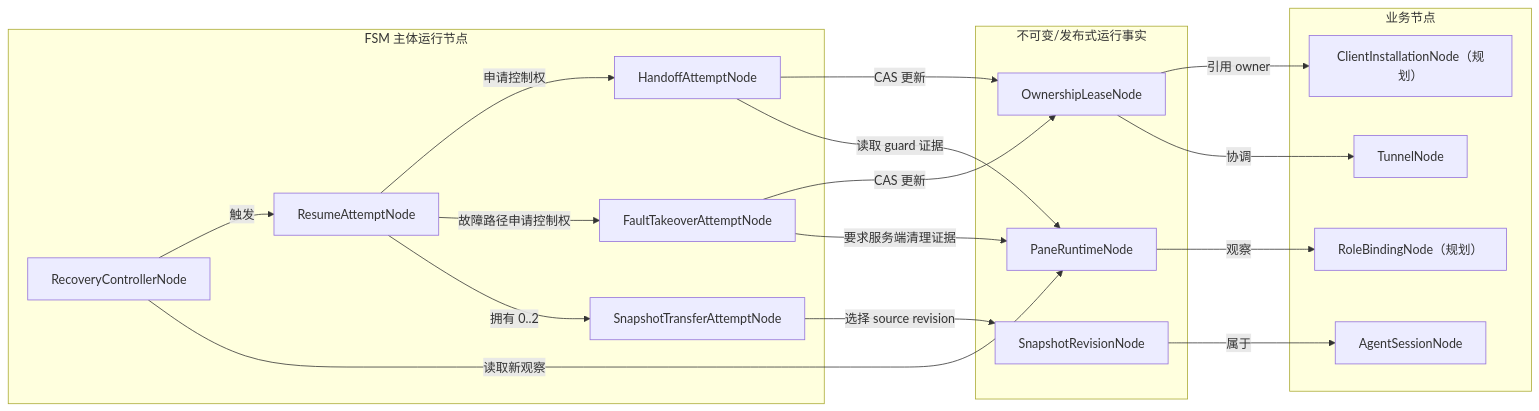
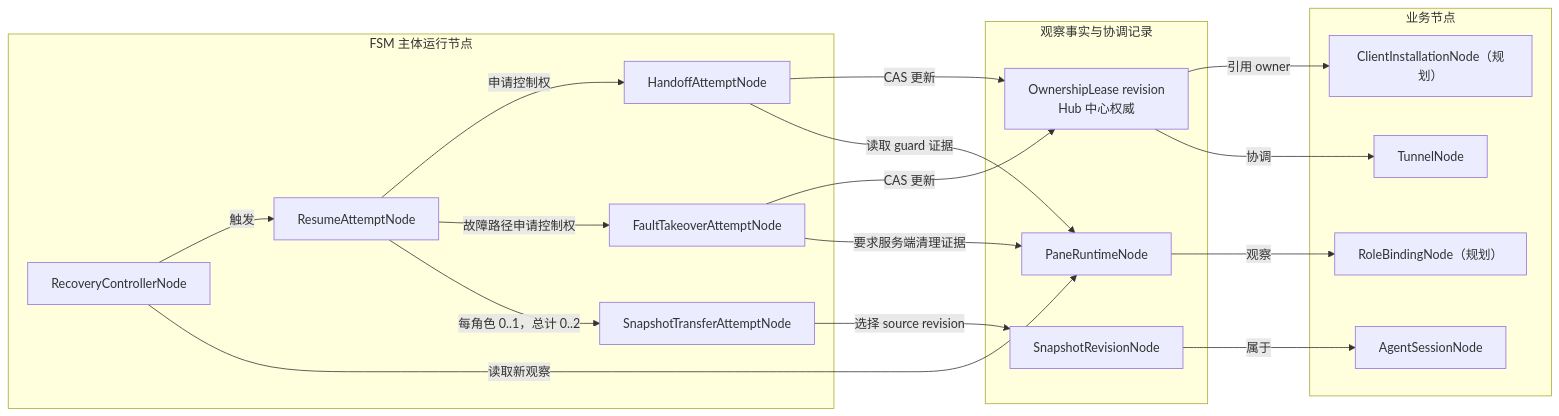
The first of 6 diagrams in datanode/RUNTIME_FSM.md (yukai08008/dual-tmux), drawn with Mermaid before and after one commit. The commit also changed other lines of this file and 1 other file, not shown here.

Commit message:
docs: refine runtime FSM after architecture review

````diff
--- a/datanode/RUNTIME_FSM.md
+++ b/datanode/RUNTIME_FSM.md
@@ -40,39 +42,39 @@
 ```mermaid
 flowchart LR
   subgraph Business["业务节点"]
     Tunnel["TunnelNode"]
     Binding["RoleBindingNode（规划）"]
     Session["AgentSessionNode"]
     Install["ClientInstallationNode（规划）"]
   end
 
-  subgraph Facts["不可变/发布式运行事实"]
-    Lease["OwnershipLeaseNode"]
+  subgraph Facts["观察事实与协调记录"]
+    Lease["OwnershipLease revision<br/>Hub 中心权威"]
     Pane["PaneRuntimeNode"]
     Revision["SnapshotRevisionNode"]
   end
 
   subgraph Machines["FSM 主体运行节点"]
     Handoff["HandoffAttemptNode"]
     Fault["FaultTakeoverAttemptNode"]
     Resume["ResumeAttemptNode"]
     Transfer["SnapshotTransferAttemptNode"]
     Recovery["RecoveryControllerNode"]
   end
 
   Lease -->|"引用 owner"| Install
   Lease -->|"协调"| Tunnel
   Pane -->|"观察"| Binding
   Revision -->|"属于"| Session
 
   Handoff -->|"CAS 更新"| Lease
   Fault -->|"CAS 更新"| Lease
   Handoff -->|"读取 guard 证据"| Pane
   Fault -->|"要求服务端清理证据"| Pane
   Resume -->|"申请控制权"| Handoff
   Resume -->|"故障路径申请控制权"| Fault
-  Resume -->|"拥有 0..2"| Transfer
+  Resume -->|"每角色 0..1，总计 0..2"| Transfer
   Transfer -->|"选择 source revision"| Revision
   Recovery -->|"触发"| Resume
   Recovery -->|"读取新观察"| Pane
 ```
````
